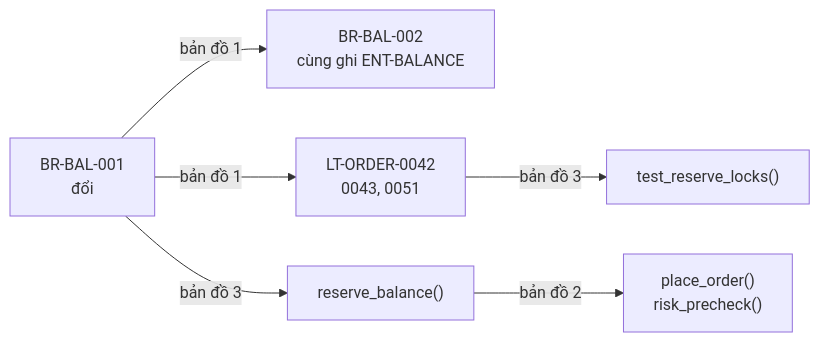
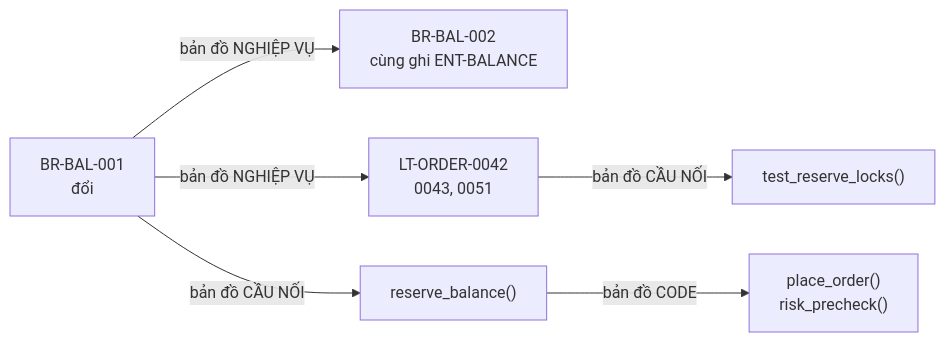
Before and after one commit to Kynderis/kendrick-ai-tools: the third of 7 diagrams in design/KIDEA_SPEC.md, drawn with Mermaid. The commit also changed other lines of this file and 2 other files, not shown here.

````diff
--- a/design/KIDEA_SPEC.md
+++ b/design/KIDEA_SPEC.md
@@ -367,8 +367,8 @@
 ```mermaid
 flowchart LR
-    A["BR-BAL-001<br/>đổi"] -->|"bản đồ 1"| B["BR-BAL-002<br/>cùng ghi ENT-BALANCE"]
-    A -->|"bản đồ 1"| C["LT-ORDER-0042<br/>0043, 0051"]
-    A -->|"bản đồ 3"| D["reserve_balance()"]
-    D -->|"bản đồ 2"| E["place_order()<br/>risk_precheck()"]
-    C -->|"bản đồ 3"| F["test_reserve_locks()"]
+    A["BR-BAL-001<br/>đổi"] -->|"bản đồ NGHIỆP VỤ"| B["BR-BAL-002<br/>cùng ghi ENT-BALANCE"]
+    A -->|"bản đồ NGHIỆP VỤ"| C["LT-ORDER-0042<br/>0043, 0051"]
+    A -->|"bản đồ CẦU NỐI"| D["reserve_balance()"]
+    D -->|"bản đồ CODE"| E["place_order()<br/>risk_precheck()"]
+    C -->|"bản đồ CẦU NỐI"| F["test_reserve_locks()"]
 ```
````
